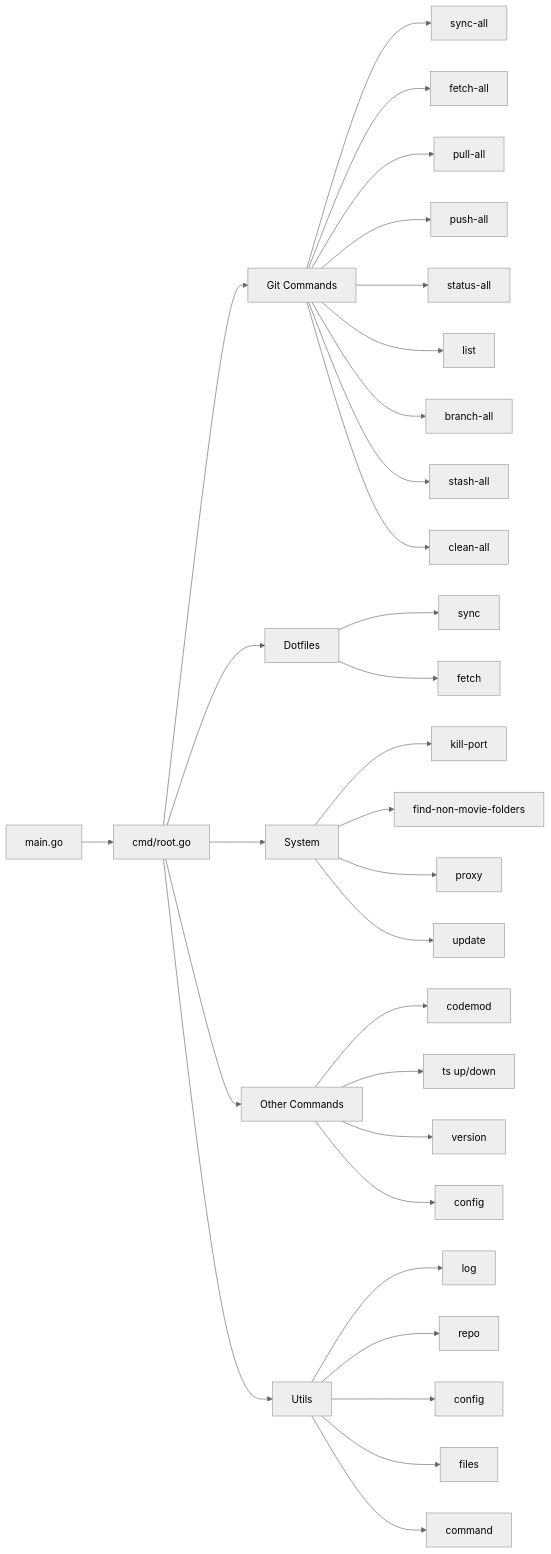
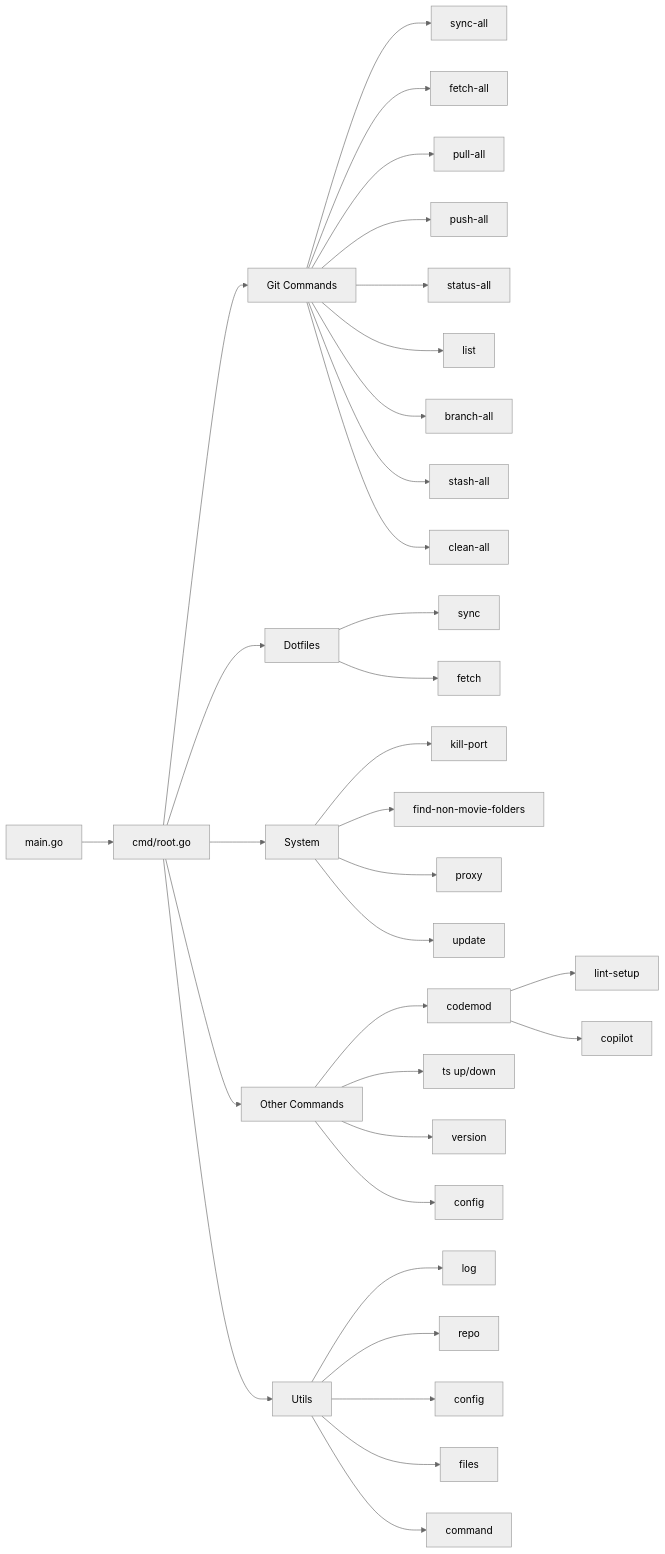
One commit to eng618/eng changed the diagram in README.md. Above: the diagram before and after it, drawn with Mermaid (neutral theme). The commit also changed other lines of this file and 9 other files, not shown here.

First line of the commit message:
feat: Add Copilot command for custom instructions setup

````diff
--- a/README.md
+++ b/README.md
@@ -43,38 +43,40 @@
 ```mermaid
 graph LR
     A[main.go] --> B[cmd/root.go]
     
     B --> C1[Git Commands]
     C1 --> D1[sync-all]
     C1 --> D2[fetch-all]
     C1 --> D3[pull-all]
     C1 --> D4[push-all]
     C1 --> D5[status-all]
     C1 --> D6[list]
     C1 --> D7[branch-all]
     C1 --> D8[stash-all]
     C1 --> D9[clean-all]
     
     B --> C2[Dotfiles]
     C2 --> E1[sync]
     C2 --> E2[fetch]
     
     B --> C3[System]
     C3 --> F1[kill-port]
     C3 --> F2[find-non-movie-folders]
     C3 --> F3[proxy]
     C3 --> F4[update]
     
     B --> C4[Other Commands]
     C4 --> G1[codemod]
+    G1 --> G1a[lint-setup]
+    G1 --> G1b[copilot]
     C4 --> G2[ts up/down]
     C4 --> G3[version]
     C4 --> G4[config]
     
     B --> C5[Utils]
     C5 --> H1[log]
     C5 --> H2[repo]
     C5 --> H3[config]
     C5 --> H4[files]
     C5 --> H5[command]
 ```
````
